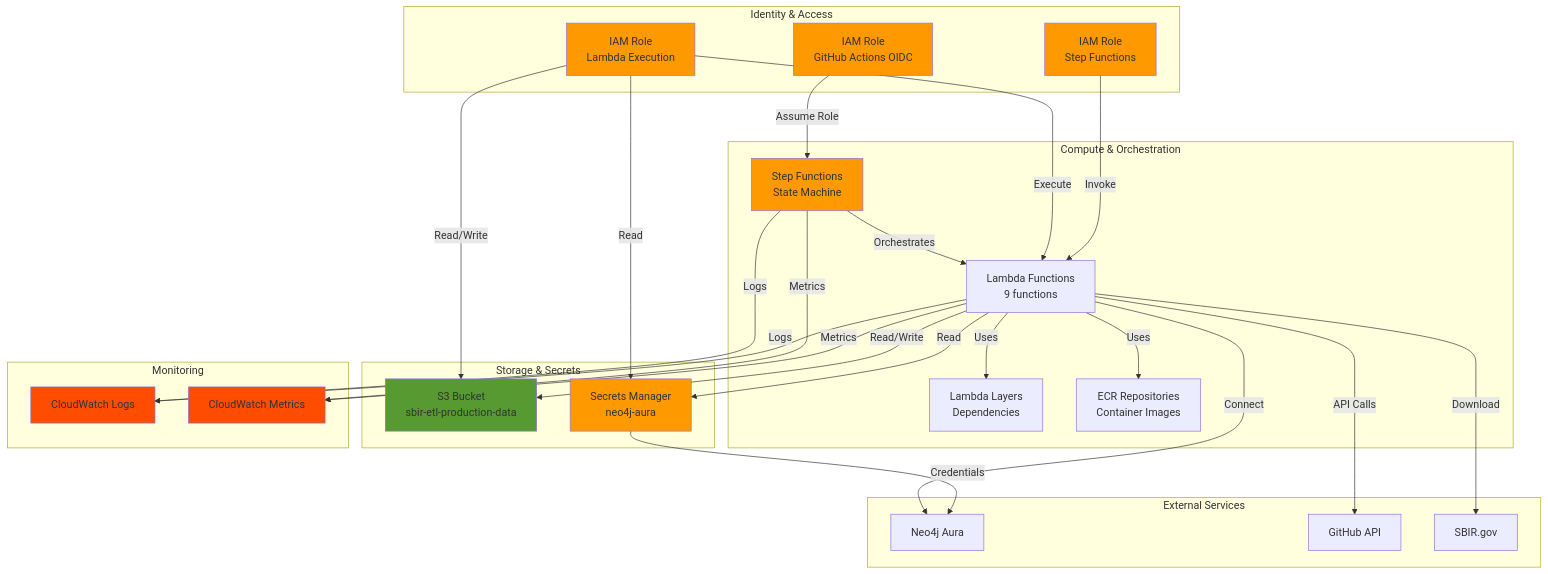
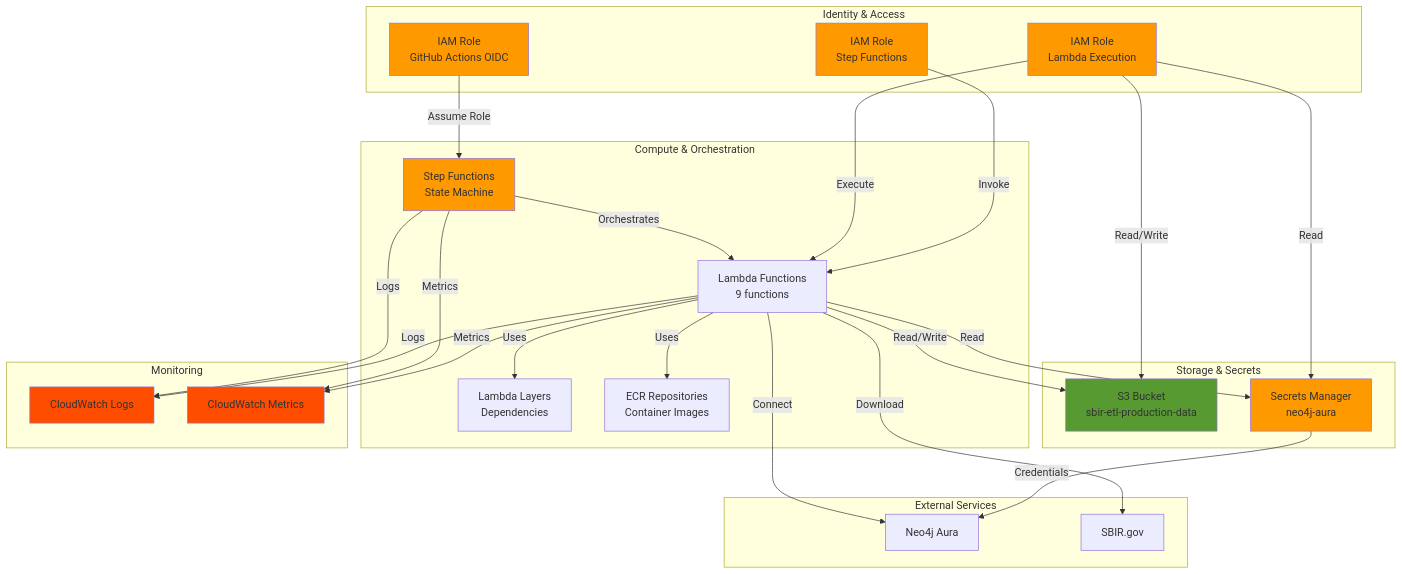
One commit to hollomancer/sbir-analytics changed the fourth of 5 diagrams in docs/deployment/aws-architecture-diagrams.md. Above: the diagram before and after it, drawn with Mermaid. The commit also changed other lines of this file and 9 other files, not shown here.

First line of the commit message:
Remove GitHub PR creation functionality and update related documentation

````diff
--- a/docs/deployment/aws-architecture-diagrams.md
+++ b/docs/deployment/aws-architecture-diagrams.md
@@ -197,63 +183,61 @@
 ```mermaid
 graph TB
     subgraph "Identity & Access"
         IAM1[IAM Role<br/>Lambda Execution]
         IAM2[IAM Role<br/>Step Functions]
         IAM3[IAM Role<br/>GitHub Actions OIDC]
     end
     
     subgraph "Compute & Orchestration"
         SF[Step Functions<br/>State Machine]
         L1[Lambda Functions<br/>9 functions]
         LC[Lambda Layers<br/>Dependencies]
         ECR[ECR Repositories<br/>Container Images]
     end
     
     subgraph "Storage & Secrets"
         S3[S3 Bucket<br/>sbir-etl-production-data]
         SM[Secrets Manager<br/>neo4j-aura]
     end
     
     subgraph "Monitoring"
         CW[CloudWatch Logs]
         CM[CloudWatch Metrics]
     end
     
     subgraph "External Services"
         NEO4J[Neo4j Aura]
-        GH[GitHub API]
         SBIR[SBIR.gov]
     end
     
     IAM3 -->|Assume Role| SF
     IAM2 -->|Invoke| L1
     IAM1 -->|Execute| L1
     IAM1 -->|Read/Write| S3
     IAM1 -->|Read| SM
     
     SF -->|Orchestrates| L1
     L1 -->|Uses| LC
     L1 -->|Uses| ECR
     
     L1 -->|Read/Write| S3
     L1 -->|Read| SM
     L1 -->|Logs| CW
     L1 -->|Metrics| CM
     
     SM -->|Credentials| NEO4J
     L1 -->|Connect| NEO4J
-    L1 -->|API Calls| GH
     L1 -->|Download| SBIR
     
     SF -->|Logs| CW
     SF -->|Metrics| CM
     
     style IAM1 fill:#ff9900
     style IAM2 fill:#ff9900
     style IAM3 fill:#ff9900
     style SF fill:#ff9900
     style S3 fill:#569a31
     style SM fill:#ff9900
     style CW fill:#ff4d00
     style CM fill:#ff4d00
 ```
````
